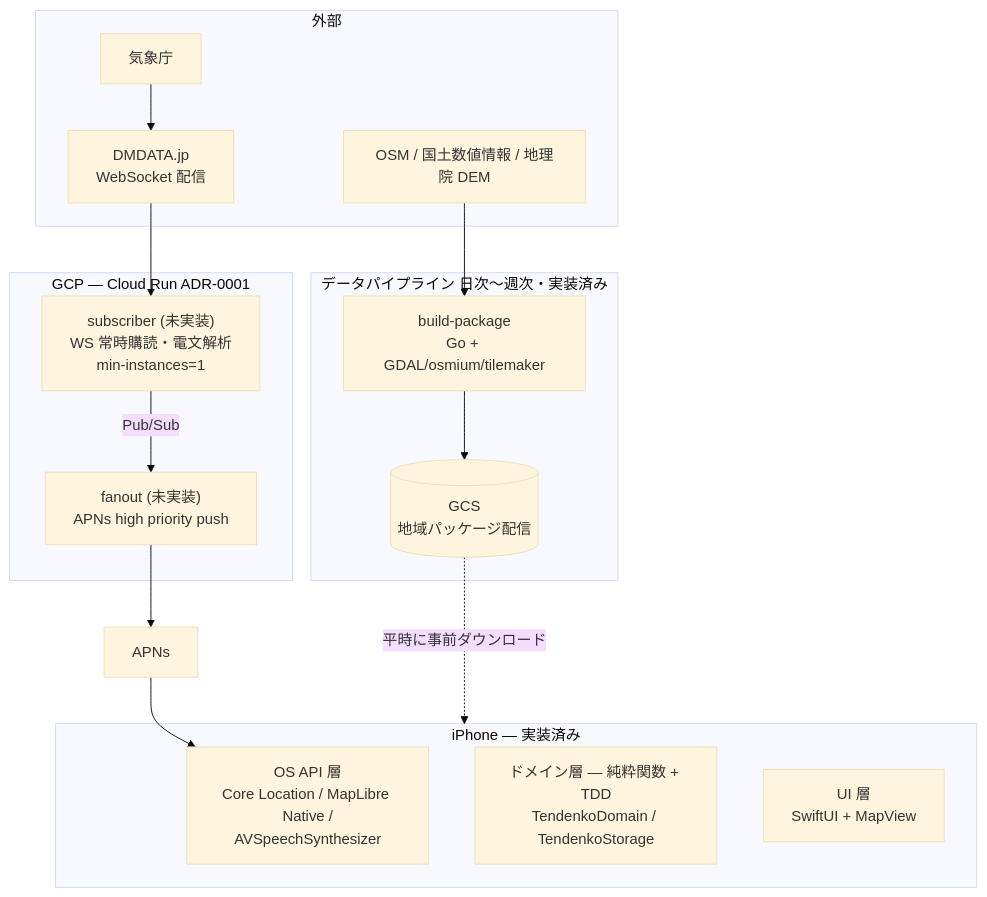
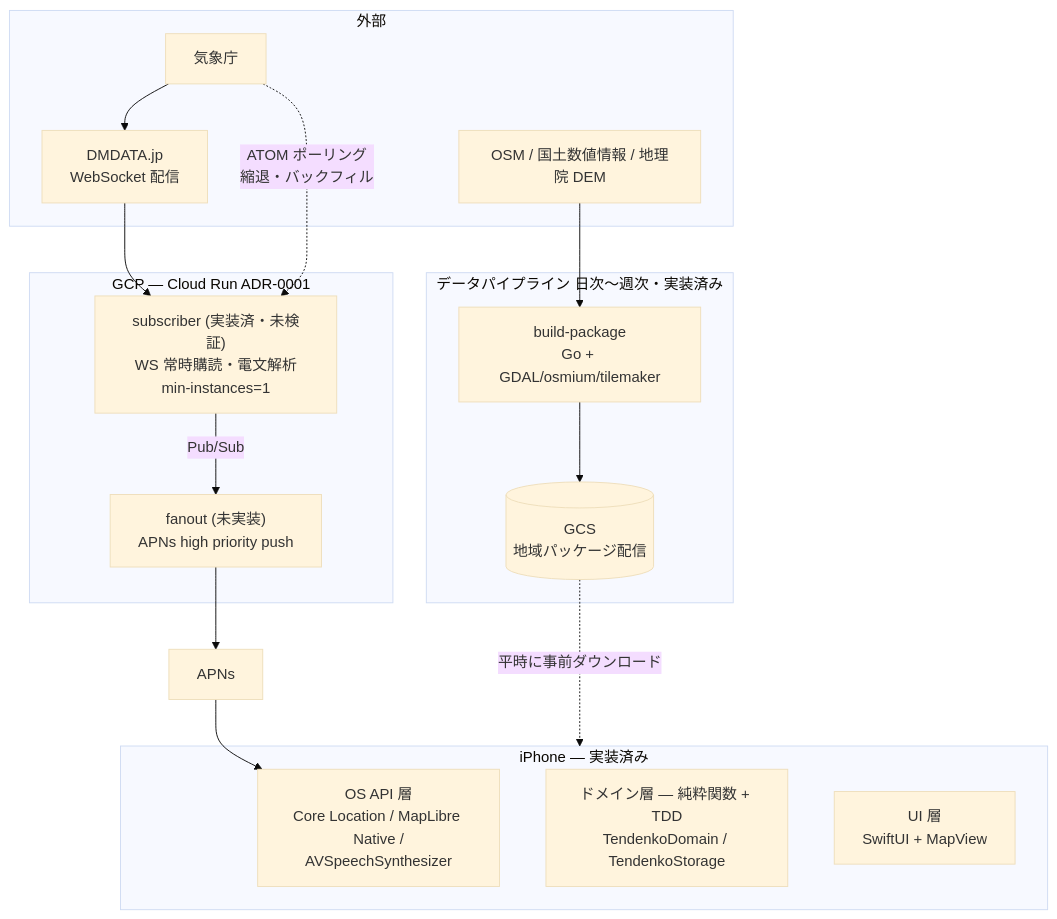
Before and after one commit to yusuke0610/tendenko: the diagram in docs/architecture.md, drawn with Mermaid (base theme). The commit also changed other lines of this file and 31 other files, not shown here.

````diff
--- a/docs/architecture.md
+++ b/docs/architecture.md
@@ -7,31 +7,32 @@
 ```mermaid
 flowchart TB
     subgraph external [外部]
         JMA[気象庁]
         DMDATA[DMDATA.jp<br>WebSocket 配信]
         OSM[OSM / 国土数値情報 / 地理院 DEM]
     end
 
     subgraph gcp [GCP — Cloud Run  ADR-0001]
-        SUB["subscriber (未実装)<br>WS 常時購読・電文解析<br>min-instances=1"]
+        SUB["subscriber (実装済・未検証)<br>WS 常時購読・電文解析<br>min-instances=1"]
         FAN["fanout (未実装)<br>APNs high priority push"]
         SUB -->|Pub/Sub| FAN
     end
 
     subgraph batch [データパイプライン 日次〜週次・実装済み]
         PIPE[build-package<br>Go + GDAL/osmium/tilemaker]
         GCS[(GCS<br>地域パッケージ配信)]
         PIPE --> GCS
     end
 
     subgraph iphone [iPhone — 実装済み]
         OSAPI[OS API 層<br>Core Location / MapLibre Native /<br>AVSpeechSynthesizer]
         DOMAIN[ドメイン層 — 純粋関数 + TDD<br>TendenkoDomain / TendenkoStorage]
         UI[UI 層<br>SwiftUI + MapView]
     end
 
     JMA --> DMDATA --> SUB
+    JMA -.ATOM ポーリング<br>縮退・バックフィル.-> SUB
     FAN --> APNS[APNs] --> OSAPI
     OSM --> PIPE
     GCS -.平時に事前ダウンロード.-> iphone
 ```
````
